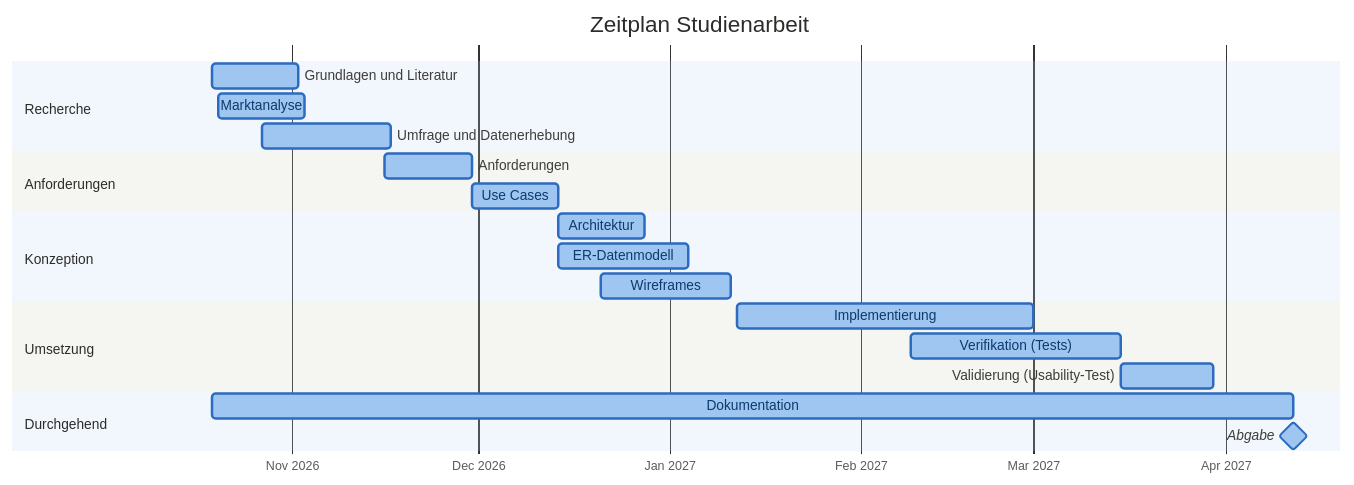
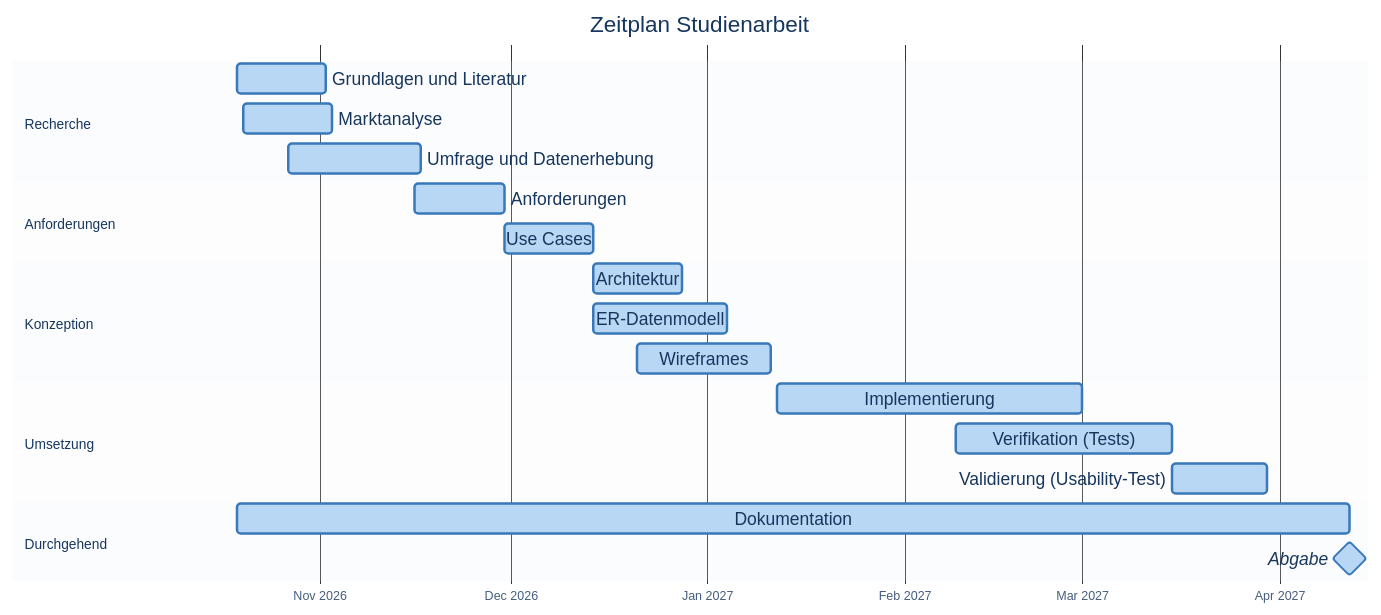
Before and after one commit to kurzmichael02-hue/studienarbeit-dashboard: the diagram in docs/zeitplan.md, drawn with Mermaid.

Commit message:
Zeitplan fix 2

````diff
--- a/docs/zeitplan.md
+++ b/docs/zeitplan.md
@@ -5,31 +5,31 @@
 ```mermaid
-%%{init: {"theme":"base","themeVariables":{"fontFamily":"Segoe UI, Arial, sans-serif","fontSize":"13px","sectionBkgColor":"#BFD8F2","altSectionBkgColor":"#CCCABF","sectionBkgColor2":"#BFD8F2","taskBkgColor":"#9EC6F0","taskBorderColor":"#2C6BBF","taskTextColor":"#0C3B6E","taskTextDarkColor":"#0C3B6E","taskTextOutsideColor":"#3D3D3A","gridColor":"#B4B2A9","todayLineColor":"#E24B4A","titleColor":"#2C2C2A"},"gantt":{"leftPadding":160,"numberSectionStyles":2}}}%%
+%%{init: {"theme":"base","themeVariables":{"fontFamily":"Arial, sans-serif","fontSize":"14px","primaryColor":"#B8D7F5","primaryTextColor":"#17365D","primaryBorderColor":"#3978B9","lineColor":"#64748B","sectionBkgColor":"#E8F1FA","altSectionBkgColor":"#F3F6F9","sectionTitleColor":"#17365D","taskBkgColor":"#B8D7F5","taskBorderColor":"#3978B9","taskTextColor":"#17365D","taskTextDarkColor":"#17365D","taskTextOutsideColor":"#17365D","gridColor":"#CBD5E1","todayLineColor":"#DC2626","titleColor":"#17365D"},"gantt":{"leftPadding":180,"rightPadding":30,"barHeight":24,"barGap":8,"topPadding":50,"fontSize":14,"numberSectionStyles":2}}}%%
 gantt
     title Zeitplan Studienarbeit
     dateFormat YYYY-MM-DD
     axisFormat %b %Y
     tickInterval 1month
 
     section Recherche
     Grundlagen und Literatur       :2026-10-19, 14d
     Marktanalyse                   :2026-10-20, 14d
     Umfrage und Datenerhebung      :2026-10-27, 21d
 
     section Anforderungen
     Anforderungen                 :2026-11-16, 14d
     Use Cases                      :2026-11-30, 14d
 
     section Konzeption
     Architektur                    :2026-12-14, 14d
     ER-Datenmodell                 :2026-12-14, 21d
     Wireframes                     :2026-12-21, 21d
 
     section Umsetzung
     Implementierung                :2027-01-12, 48d
     Verifikation (Tests)           :2027-02-09, 34d
     Validierung (Usability-Test)   :2027-03-15, 15d
 
     section Durchgehend
     Dokumentation                  :2026-10-19, 175d
     Abgabe                         :milestone, 2027-04-12, 0d
 ```
````
